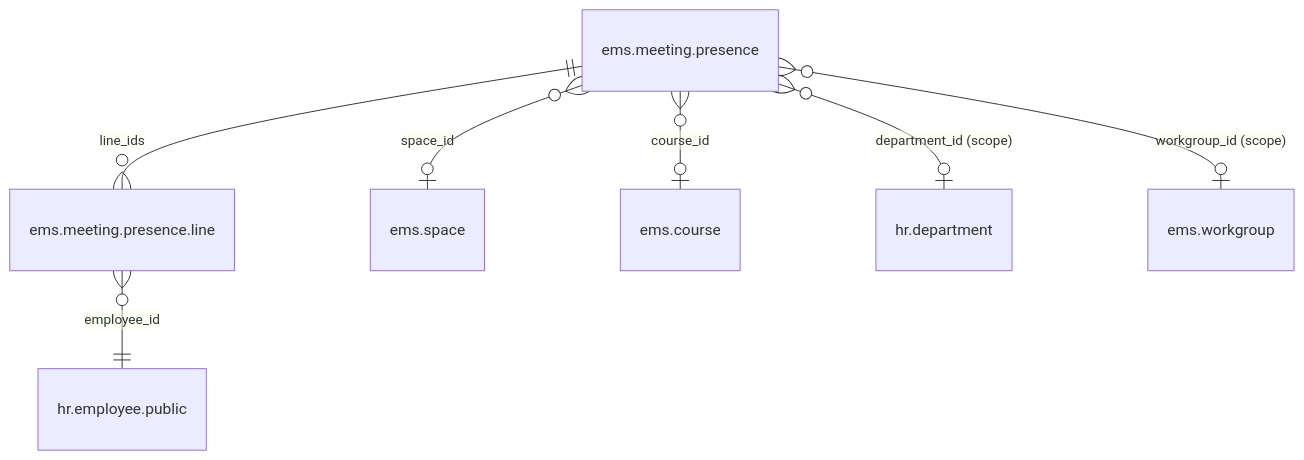
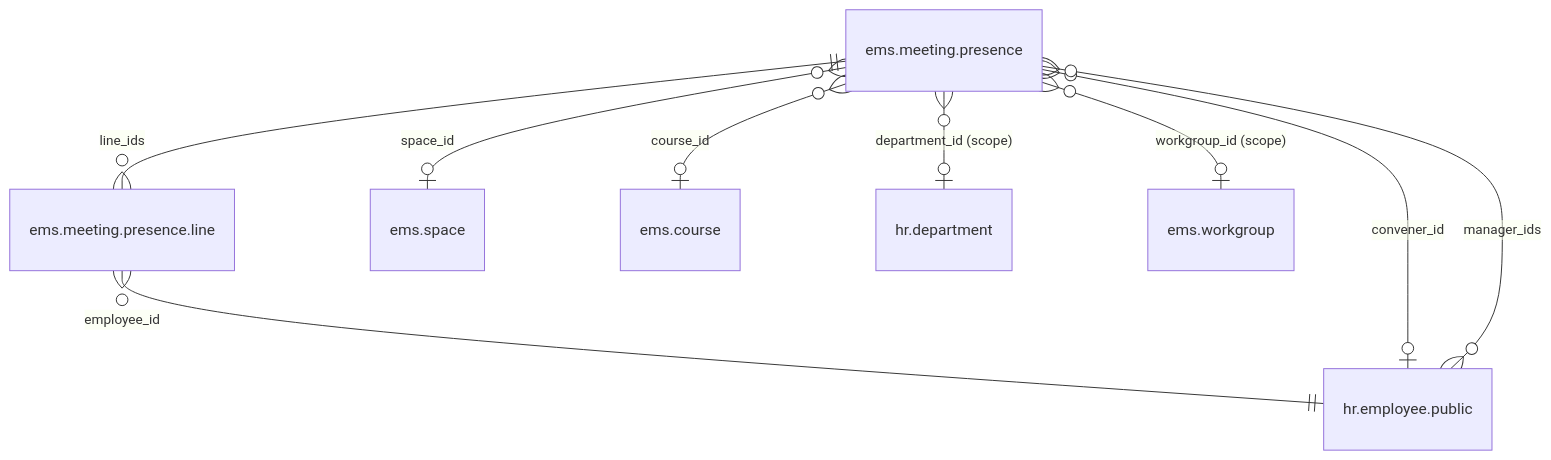
One commit to ElPuig/EMS changed the first of 3 diagrams in docs/en/developers/meetings/meeting_presence.md. Above: the diagram before and after it, drawn with Mermaid. The commit also changed other lines of this file and 198 other files, not shown here.

````diff
--- a/docs/en/developers/meetings/meeting_presence.md
+++ b/docs/en/developers/meetings/meeting_presence.md
@@ -15,9 +15,11 @@
 ```mermaid
 erDiagram
     "ems.meeting.presence" ||--o{ "ems.meeting.presence.line" : "line_ids"
     "ems.meeting.presence" }o--o| "ems.space" : "space_id"
     "ems.meeting.presence" }o--o| "ems.course" : "course_id"
     "ems.meeting.presence" }o--o| "hr.department" : "department_id (scope)"
     "ems.meeting.presence" }o--o| "ems.workgroup" : "workgroup_id (scope)"
     "ems.meeting.presence.line" }o--|| "hr.employee.public" : "employee_id"
+    "ems.meeting.presence" }o--o| "hr.employee.public" : "convener_id"
+    "ems.meeting.presence" }o--o{ "hr.employee.public" : "manager_ids"
 ```
````
